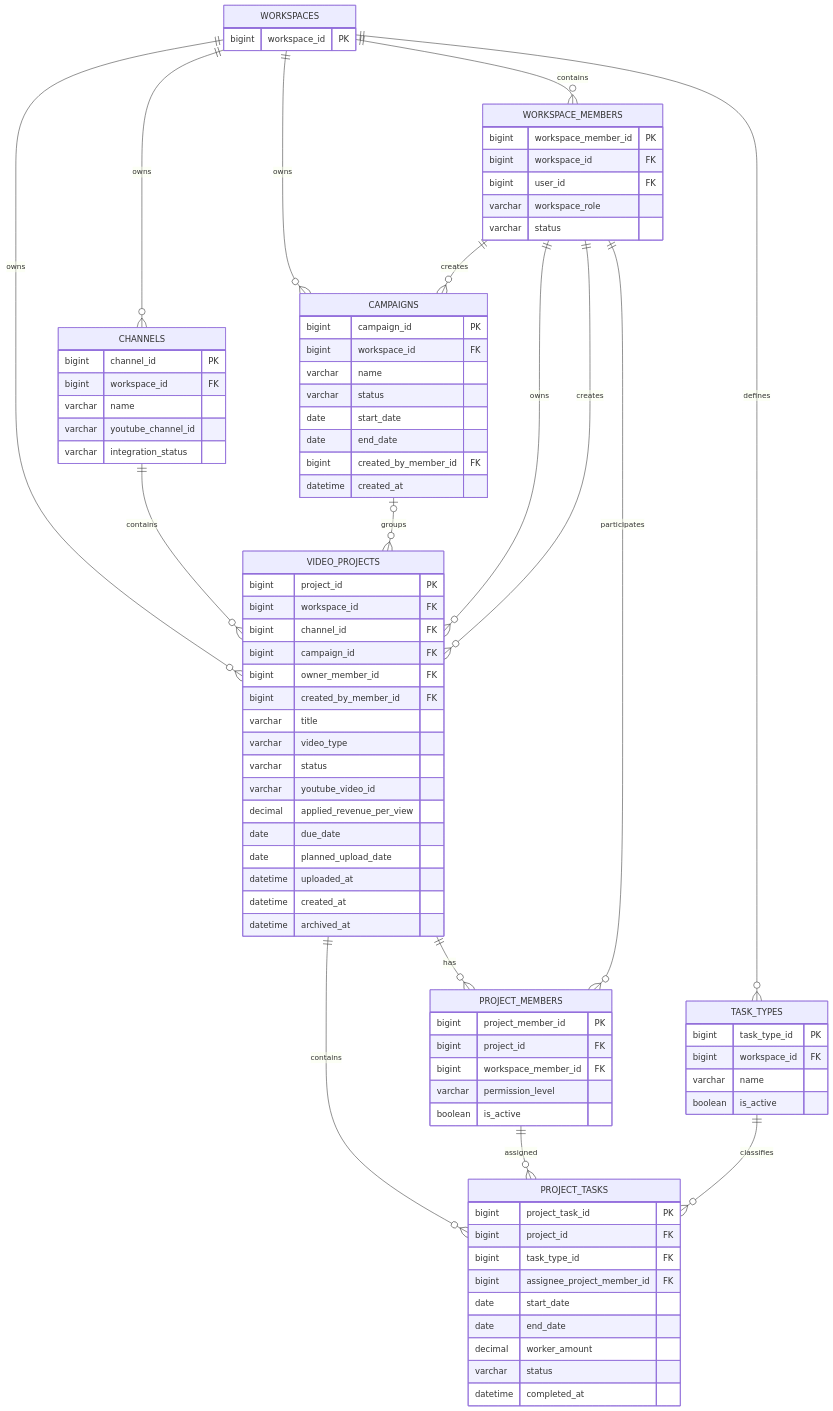
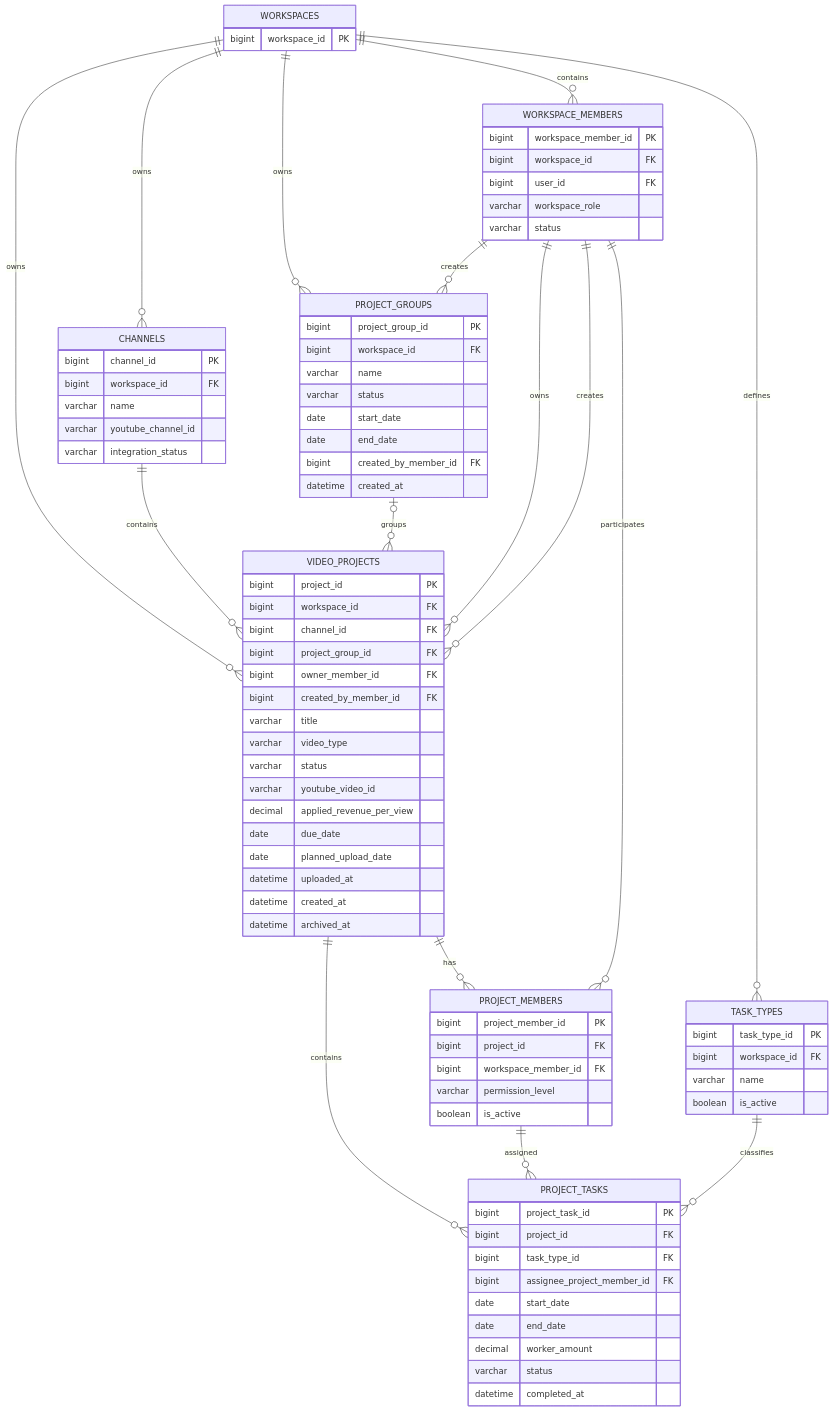
Before and after one commit to heebaek200/yms-project: the third of 6 diagrams in docs/design/데이터베이스 설계 및 ERD.md, drawn with Mermaid. The commit also changed other lines of this file and 23 other files, not shown here.

```diff
--- a/docs/design/데이터베이스 설계 및 ERD.md
+++ b/docs/design/데이터베이스 설계 및 ERD.md
@@ -879,8 +886,8 @@
         varchar integration_status
     }
 
-    CAMPAIGNS {
-        bigint campaign_id PK
+    PROJECT_GROUPS {
+        bigint project_group_id PK
         bigint workspace_id FK
         varchar name
         varchar status
@@ -894,7 +901,7 @@
         bigint project_id PK
         bigint workspace_id FK
         bigint channel_id FK
-        bigint campaign_id FK
+        bigint project_group_id FK
         bigint owner_member_id FK
         bigint created_by_member_id FK
         varchar title
@@ -938,12 +945,12 @@
 
     WORKSPACES ||--o{ WORKSPACE_MEMBERS : contains
     WORKSPACES ||--o{ CHANNELS : owns
-    WORKSPACES ||--o{ CAMPAIGNS : owns
+    WORKSPACES ||--o{ PROJECT_GROUPS : owns
     WORKSPACES ||--o{ VIDEO_PROJECTS : owns
     WORKSPACES ||--o{ TASK_TYPES : defines
     CHANNELS ||--o{ VIDEO_PROJECTS : contains
-    CAMPAIGNS o|--o{ VIDEO_PROJECTS : groups
-    WORKSPACE_MEMBERS ||--o{ CAMPAIGNS : creates
+    PROJECT_GROUPS o|--o{ VIDEO_PROJECTS : groups
+    WORKSPACE_MEMBERS ||--o{ PROJECT_GROUPS : creates
     WORKSPACE_MEMBERS ||--o{ VIDEO_PROJECTS : owns
     WORKSPACE_MEMBERS ||--o{ VIDEO_PROJECTS : creates
     VIDEO_PROJECTS ||--o{ PROJECT_MEMBERS : has
```
